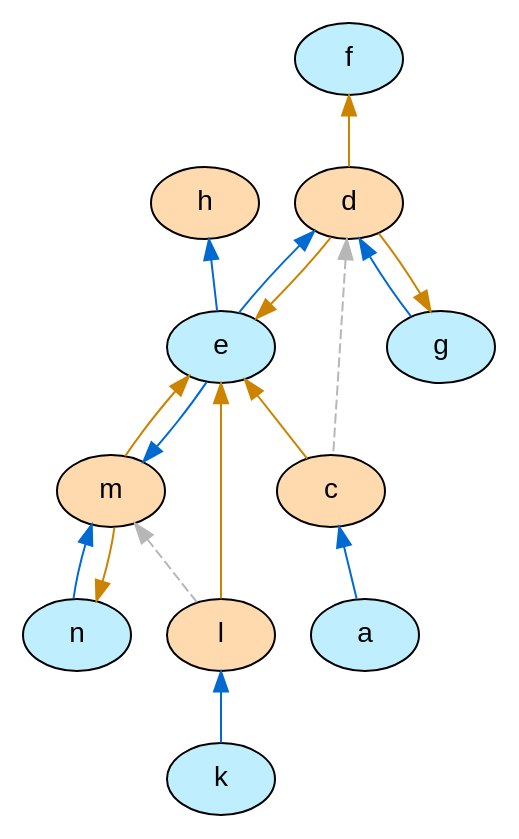
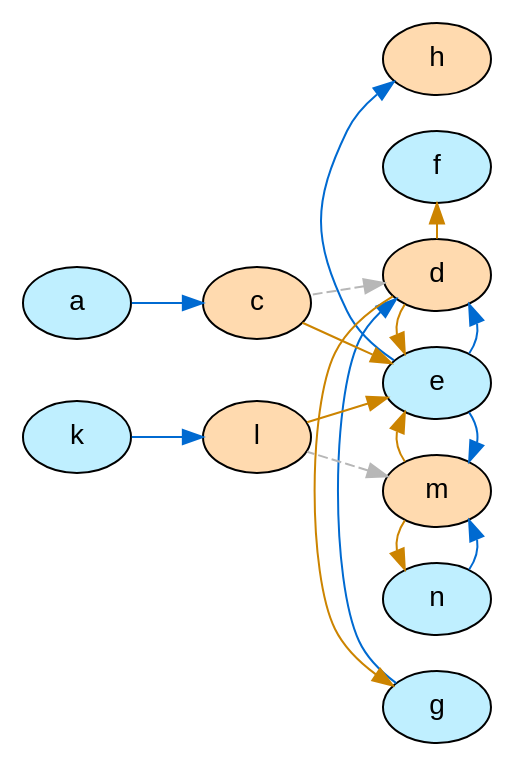
One commit to idaks/Games-and-Argumentation changed the diagram in lib/graphs/arg_pw4_graph_colored.dot. Above: the diagram before and after it, drawn with Graphviz. The commit also changed 33 other files, not shown here.

```diff
--- a/lib/graphs/arg_pw4_graph_colored.dot
+++ b/lib/graphs/arg_pw4_graph_colored.dot
@@ -1,24 +1,29 @@
 digraph G {
+  rankdir="LR"
   node [shape=oval style=filled fontname=Helvetica fontsize=14]
   node [fillcolor="#ffdaaf" fontcolor="#000000"] c l d m h;
   node [fillcolor="#bfefff" fontcolor="#000000"] a k e f g n;
   edge [dir=back, color="#006ad1", style="solid"]
         "c" -> "a";
         "l" -> "k";
         "d" -> "e";
         "m" -> "e";
         "d" -> "g";
         "h" -> "e";
         "m" -> "n";
   edge [dir=back, color="#b7b7b7", style="dashed"]
         "d" -> "c";
         "m" -> "l";
   edge [dir=back, color="#cc8400", style="solid"]
         "e" -> "c";
         "e" -> "l";
         "e" -> "d";
         "e" -> "m";
         "f" -> "d";
         "g" -> "d";
         "n" -> "m";
+
+  {rank = min; a; k}
+  {rank = same; c; l}
+  {rank = max; d; e; m; f; g; h; n}
 }
```
